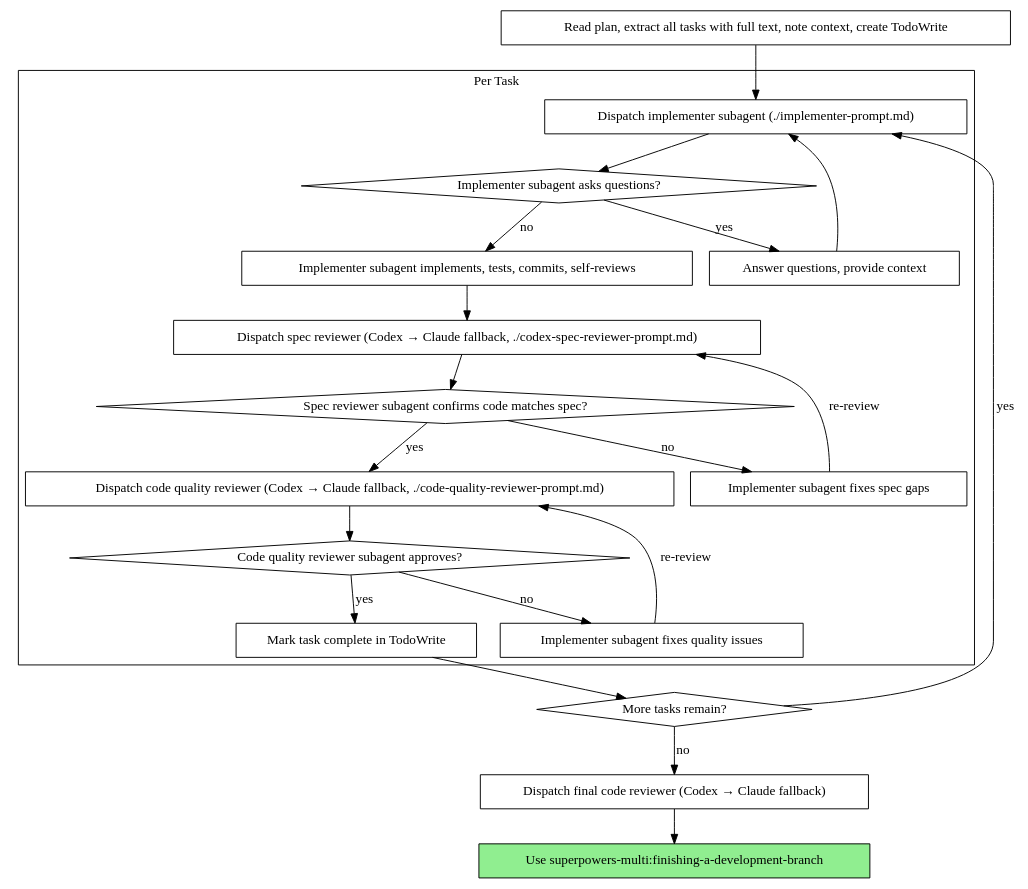
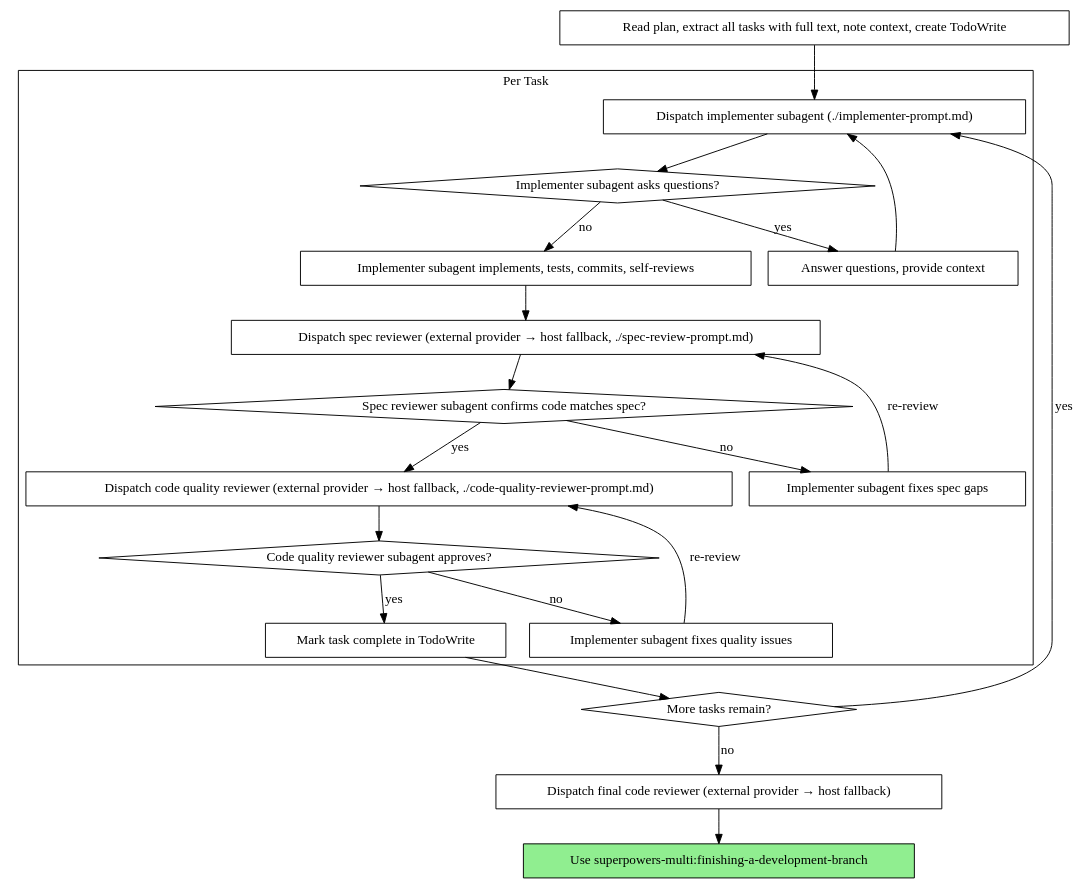
The second of 2 diagrams in skills/subagent-driven-development/SKILL.md (undrthemt/superpowers-multi), drawn with Graphviz before and after one commit. The commit also changed other lines of this file and 13 other files, not shown here.

First line of the commit message:
feat: Generic provider-based multi-AI review dispatch (#4)

````diff
--- a/skills/subagent-driven-development/SKILL.md
+++ b/skills/subagent-driven-development/SKILL.md
@@ -42,44 +42,44 @@
 ```dot
 digraph process {
     rankdir=TB;
 
     subgraph cluster_per_task {
         label="Per Task";
         "Dispatch implementer subagent (./implementer-prompt.md)" [shape=box];
         "Implementer subagent asks questions?" [shape=diamond];
         "Answer questions, provide context" [shape=box];
         "Implementer subagent implements, tests, commits, self-reviews" [shape=box];
-        "Dispatch spec reviewer (Codex → Claude fallback, ./codex-spec-reviewer-prompt.md)" [shape=box];
+        "Dispatch spec reviewer (external provider → host fallback, ./spec-review-prompt.md)" [shape=box];
         "Spec reviewer subagent confirms code matches spec?" [shape=diamond];
         "Implementer subagent fixes spec gaps" [shape=box];
-        "Dispatch code quality reviewer (Codex → Claude fallback, ./code-quality-reviewer-prompt.md)" [shape=box];
+        "Dispatch code quality reviewer (external provider → host fallback, ./code-quality-reviewer-prompt.md)" [shape=box];
         "Code quality reviewer subagent approves?" [shape=diamond];
         "Implementer subagent fixes quality issues" [shape=box];
         "Mark task complete in TodoWrite" [shape=box];
     }
 
     "Read plan, extract all tasks with full text, note context, create TodoWrite" [shape=box];
     "More tasks remain?" [shape=diamond];
-    "Dispatch final code reviewer (Codex → Claude fallback)" [shape=box];
+    "Dispatch final code reviewer (external provider → host fallback)" [shape=box];
     "Use superpowers-multi:finishing-a-development-branch" [shape=box style=filled fillcolor=lightgreen];
 
     "Read plan, extract all tasks with full text, note context, create TodoWrite" -> "Dispatch implementer subagent (./implementer-prompt.md)";
     "Dispatch implementer subagent (./implementer-prompt.md)" -> "Implementer subagent asks questions?";
     "Implementer subagent asks questions?" -> "Answer questions, provide context" [label="yes"];
     "Answer questions, provide context" -> "Dispatch implementer subagent (./implementer-prompt.md)";
     "Implementer subagent asks questions?" -> "Implementer subagent implements, tests, commits, self-reviews" [label="no"];
-    "Implementer subagent implements, tests, commits, self-reviews" -> "Dispatch spec reviewer (Codex → Claude fallback, ./codex-spec-reviewer-prompt.md)";
-    "Dispatch spec reviewer (Codex → Claude fallback, ./codex-spec-reviewer-prompt.md)" -> "Spec reviewer subagent confirms code matches spec?";
+    "Implementer subagent implements, tests, commits, self-reviews" -> "Dispatch spec reviewer (external provider → host fallback, ./spec-review-prompt.md)";
+    "Dispatch spec reviewer (external provider → host fallback, ./spec-review-prompt.md)" -> "Spec reviewer subagent confirms code matches spec?";
     "Spec reviewer subagent confirms code matches spec?" -> "Implementer subagent fixes spec gaps" [label="no"];
-    "Implementer subagent fixes spec gaps" -> "Dispatch spec reviewer (Codex → Claude fallback, ./codex-spec-reviewer-prompt.md)" [label="re-review"];
-    "Spec reviewer subagent confirms code matches spec?" -> "Dispatch code quality reviewer (Codex → Claude fallback, ./code-quality-reviewer-prompt.md)" [label="yes"];
-    "Dispatch code quality reviewer (Codex → Claude fallback, ./code-quality-reviewer-prompt.md)" -> "Code quality reviewer subagent approves?";
+    "Implementer subagent fixes spec gaps" -> "Dispatch spec reviewer (external provider → host fallback, ./spec-review-prompt.md)" [label="re-review"];
+    "Spec reviewer subagent confirms code matches spec?" -> "Dispatch code quality reviewer (external provider → host fallback, ./code-quality-reviewer-prompt.md)" [label="yes"];
+    "Dispatch code quality reviewer (external provider → host fallback, ./code-quality-reviewer-prompt.md)" -> "Code quality reviewer subagent approves?";
     "Code quality reviewer subagent approves?" -> "Implementer subagent fixes quality issues" [label="no"];
-    "Implementer subagent fixes quality issues" -> "Dispatch code quality reviewer (Codex → Claude fallback, ./code-quality-reviewer-prompt.md)" [label="re-review"];
+    "Implementer subagent fixes quality issues" -> "Dispatch code quality reviewer (external provider → host fallback, ./code-quality-reviewer-prompt.md)" [label="re-review"];
     "Code quality reviewer subagent approves?" -> "Mark task complete in TodoWrite" [label="yes"];
     "Mark task complete in TodoWrite" -> "More tasks remain?";
     "More tasks remain?" -> "Dispatch implementer subagent (./implementer-prompt.md)" [label="yes"];
-    "More tasks remain?" -> "Dispatch final code reviewer (Codex → Claude fallback)" [label="no"];
-    "Dispatch final code reviewer (Codex → Claude fallback)" -> "Use superpowers-multi:finishing-a-development-branch";
+    "More tasks remain?" -> "Dispatch final code reviewer (external provider → host fallback)" [label="no"];
+    "Dispatch final code reviewer (external provider → host fallback)" -> "Use superpowers-multi:finishing-a-development-branch";
 }
 ```
````
